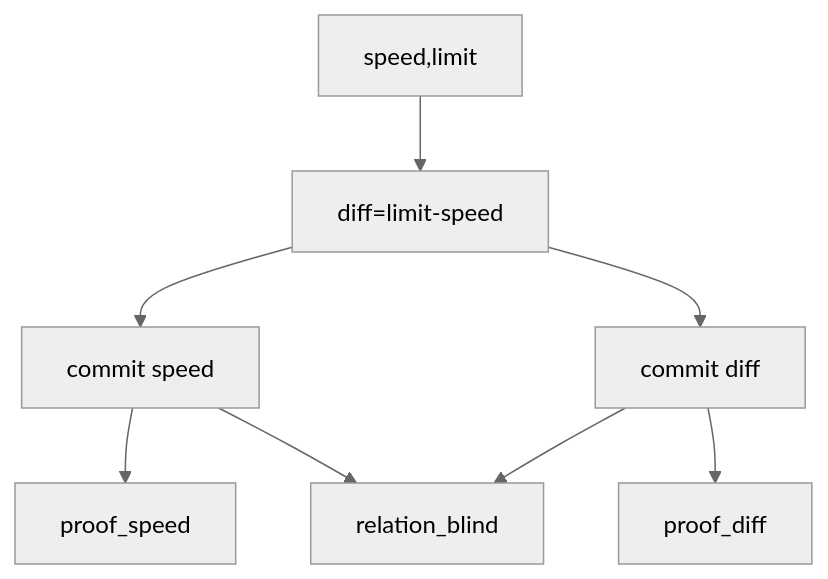
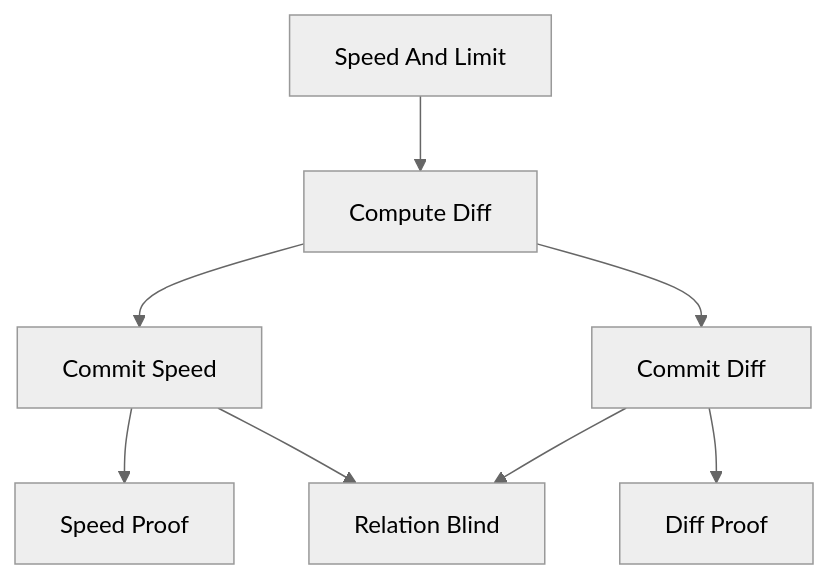
The tenth of 33 diagrams in readme.md (smshagor-dev/Next-Gen-Blockchain-for-Vehicle-Security), drawn with Mermaid (neutral theme) before and after one commit. The commit also changed other lines of this file and 5 other files, not shown here.

````diff
--- a/readme.md
+++ b/readme.md
@@ -497,10 +499,10 @@
 ```mermaid
 flowchart TD
-    A[speed,limit] --> B[diff=limit-speed]
-    B --> C[commit speed]
-    B --> D[commit diff]
-    C --> E[proof_speed]
-    D --> F[proof_diff]
-    C --> G[relation_blind]
+    A[Speed And Limit] --> B[Compute Diff]
+    B --> C[Commit Speed]
+    B --> D[Commit Diff]
+    C --> E[Speed Proof]
+    D --> F[Diff Proof]
+    C --> G[Relation Blind]
     D --> G
 ```
````
